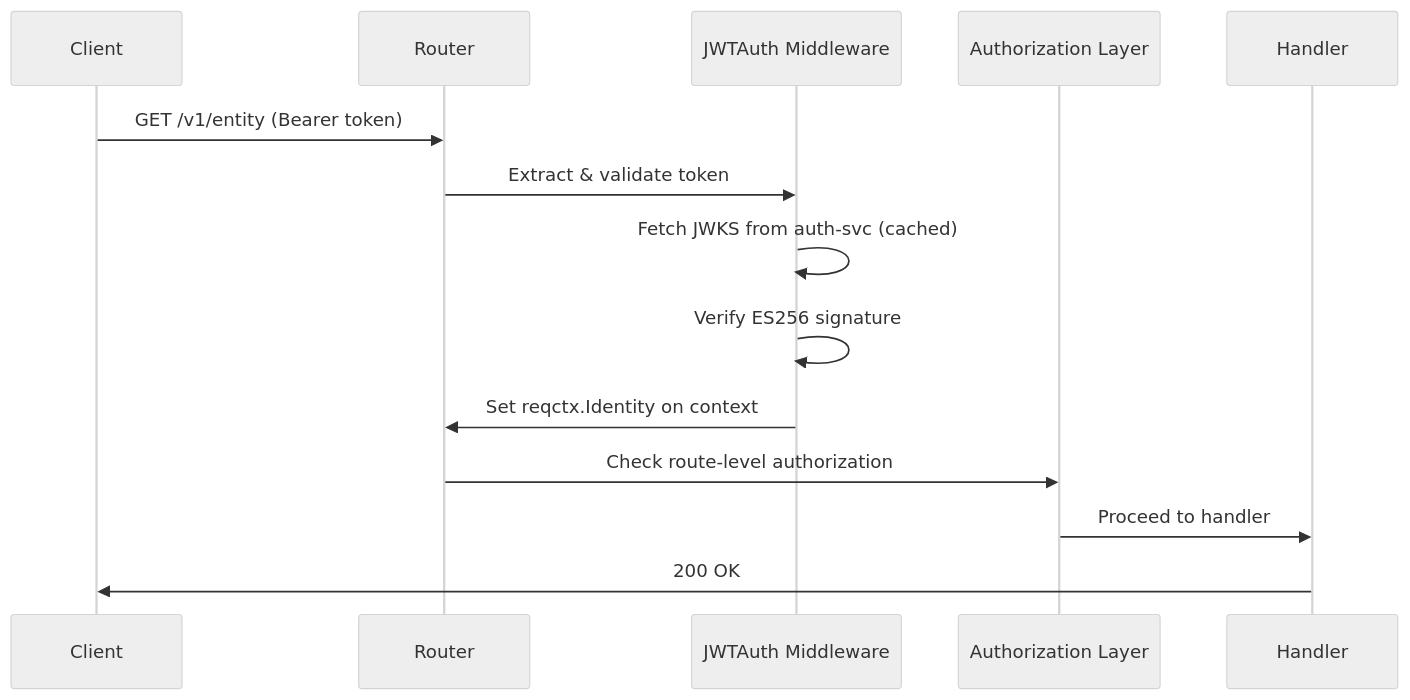
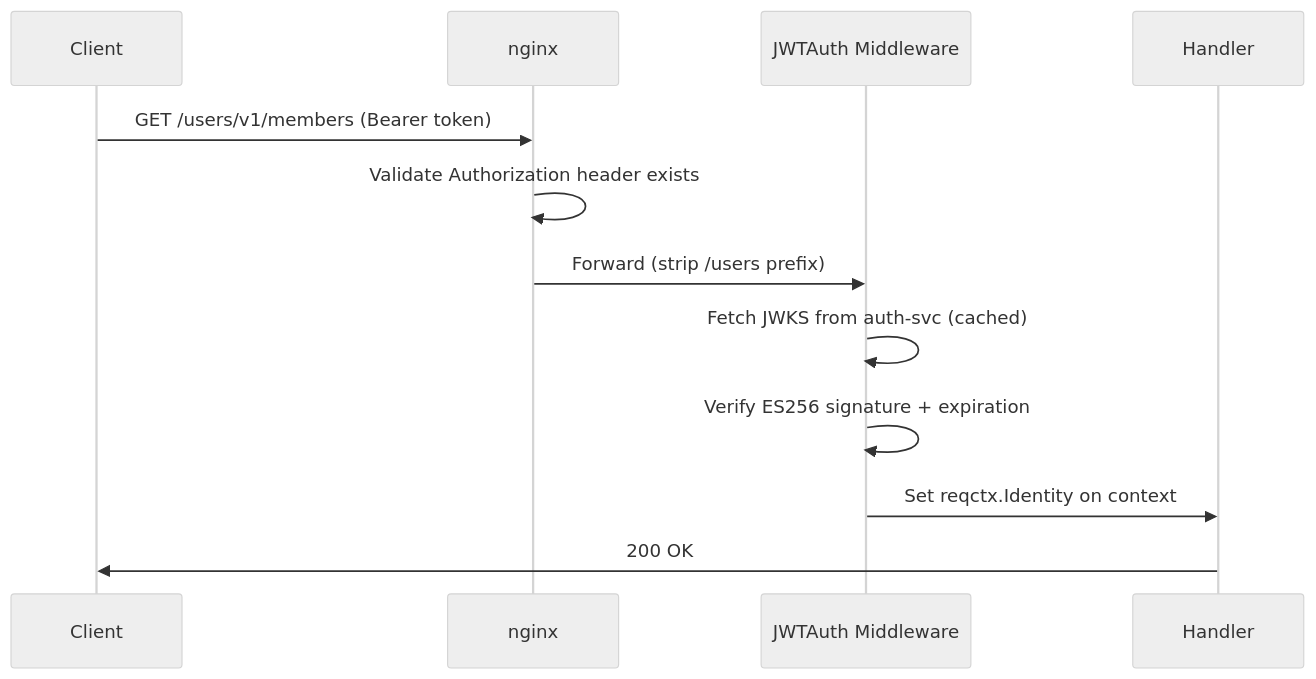
One commit to tiagorocha94/hh-docs changed the diagram in docs/architecture.md. Above: the diagram before and after it, drawn with Mermaid (neutral theme). The commit also changed other lines of this file and 3 other files, not shown here.

First line of the commit message:
Enrich architecture page, add roadmap/backlog

````diff
--- a/docs/architecture.md
+++ b/docs/architecture.md
@@ -28,17 +54,15 @@
 ```mermaid
 sequenceDiagram
     participant C as Client
-    participant R as Router
+    participant N as nginx
     participant JWT as JWTAuth Middleware
-    participant AZ as Authorization Layer
     participant H as Handler
 
-    C->>R: GET /v1/entity (Bearer token)
-    R->>JWT: Extract & validate token
+    C->>N: GET /users/v1/members (Bearer token)
+    N->>N: Validate Authorization header exists
+    N->>JWT: Forward (strip /users prefix)
     JWT->>JWT: Fetch JWKS from auth-svc (cached)
-    JWT->>JWT: Verify ES256 signature
-    JWT->>R: Set reqctx.Identity on context
-    R->>AZ: Check route-level authorization
-    AZ->>H: Proceed to handler
+    JWT->>JWT: Verify ES256 signature + expiration
+    JWT->>H: Set reqctx.Identity on context
     H->>C: 200 OK
 ```
````
